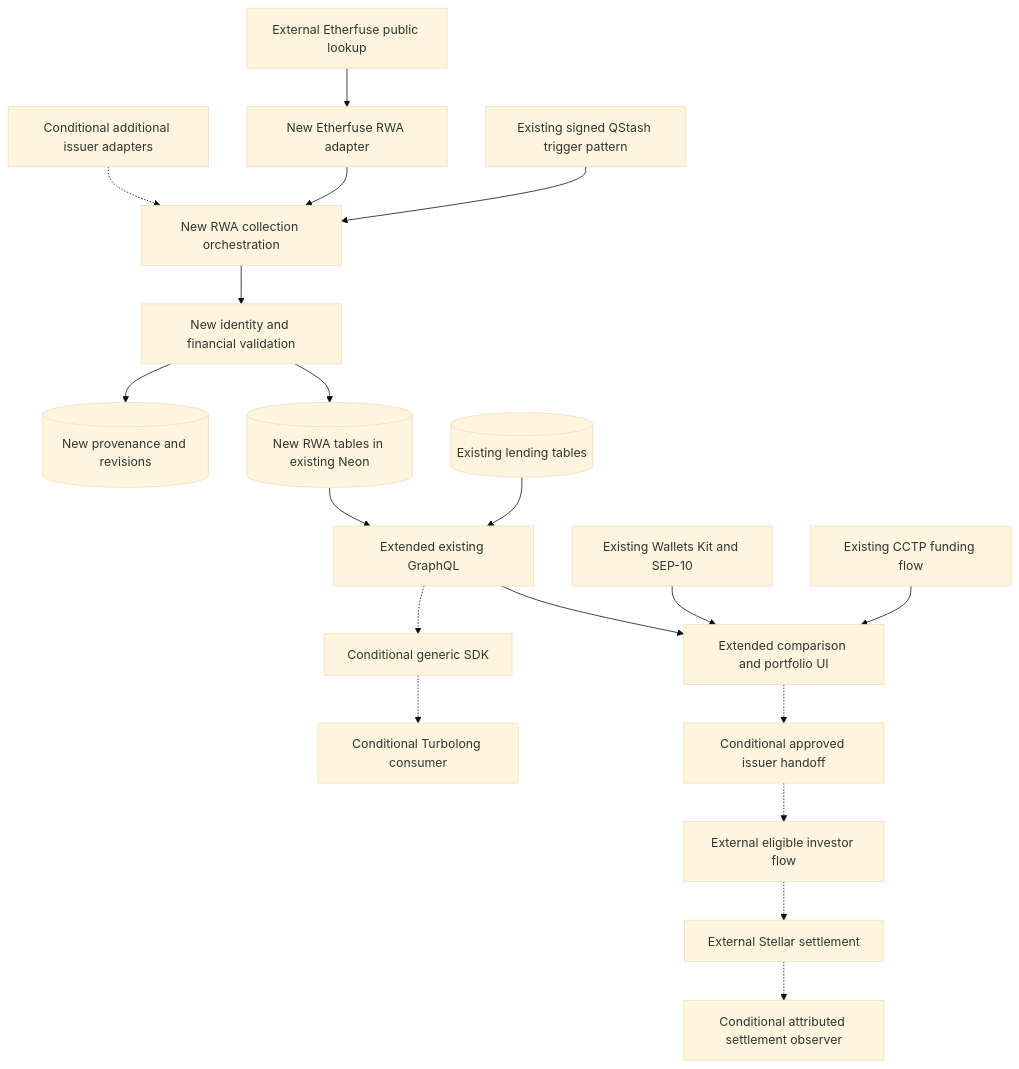
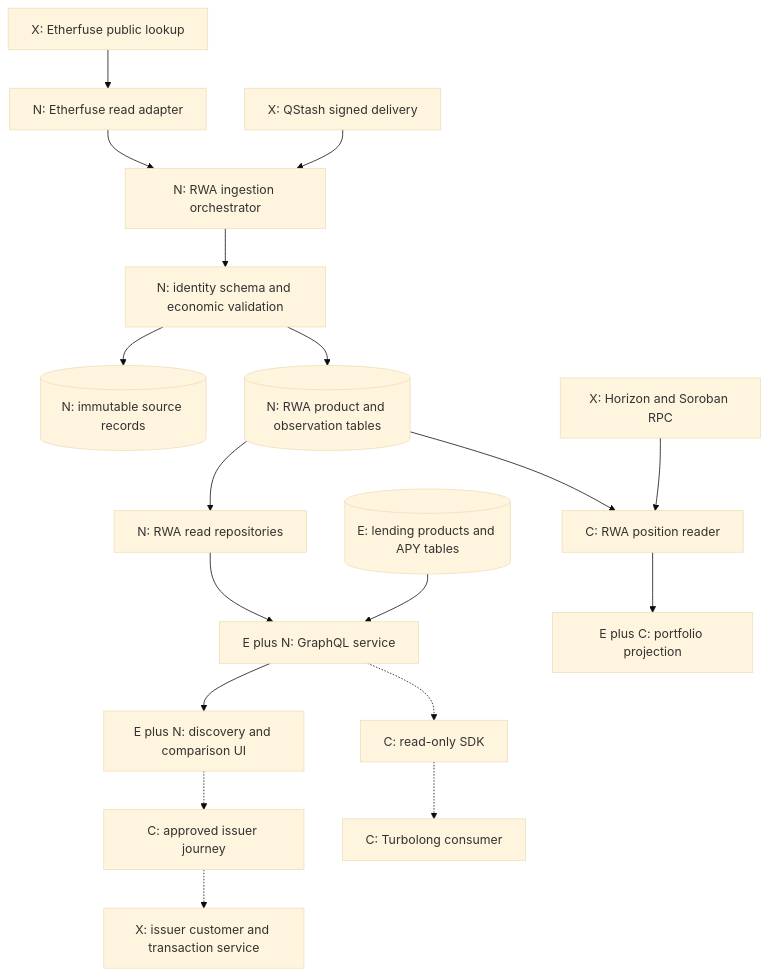
The first of 18 diagrams in docs/rwa-integration-architecture/TECHNICAL_ARCHITECTURE.md (lendwise-fi/lendwise), drawn with Mermaid (base theme) before and after one commit. The commit also changed other lines of this file and 5 other files, not shown here.

Commit message:
docs: detail RWA architecture flows and implementation boundaries

````diff
--- a/docs/rwa-integration-architecture/TECHNICAL_ARCHITECTURE.md
+++ b/docs/rwa-integration-architecture/TECHNICAL_ARCHITECTURE.md
@@ -7,21 +32,20 @@
 ```mermaid
 flowchart TB
-  EF[External Etherfuse public lookup] --> A[New Etherfuse RWA adapter]
-  More[Conditional additional issuer adapters] -.-> Ingest[New RWA collection orchestration]
-  A --> Ingest
-  Q[Existing signed QStash trigger pattern] --> Ingest
-  Ingest --> Validate[New identity and financial validation]
-  Validate --> Raw[(New provenance and revisions)]
-  Validate --> Store[(New RWA tables in existing Neon)]
-  Store --> Query[Extended existing GraphQL]
-  Existing[(Existing lending tables)] --> Query
-  Query --> UI[Extended comparison and portfolio UI]
-  Query -.-> SDK[Conditional generic SDK]
-  SDK -.-> Turbo[Conditional Turbolong consumer]
-  SWK[Existing Wallets Kit and SEP-10] --> UI
-  Bridge[Existing CCTP funding flow] --> UI
-  UI -.-> Handoff[Conditional approved issuer handoff]
-  Handoff -.-> Issuer[External eligible investor flow]
-  Issuer -.-> Ledger[External Stellar settlement]
-  Ledger -.-> Observe[Conditional attributed settlement observer]
+  EF["X: Etherfuse public lookup"] --> Adapter["N: Etherfuse read adapter"]
+  Adapter --> Jobs["N: RWA ingestion orchestrator"]
+  Q["X: QStash signed delivery"] --> Jobs
+  Jobs --> Validate["N: identity schema and economic validation"]
+  Validate --> Records[("N: immutable source records")]
+  Validate --> RWA[("N: RWA product and observation tables")]
+  RWA --> Repo["N: RWA read repositories"]
+  Lending[("E: lending products and APY tables")] --> GQL["E plus N: GraphQL service"]
+  Repo --> GQL
+  GQL --> UI["E plus N: discovery and comparison UI"]
+  Horizon["X: Horizon and Soroban RPC"] --> Position["C: RWA position reader"]
+  RWA --> Position
+  Position --> Portfolio["E plus C: portfolio projection"]
+  GQL -.-> SDK["C: read-only SDK"]
+  SDK -.-> Turbo["C: Turbolong consumer"]
+  UI -.-> Journey["C: approved issuer journey"]
+  Journey -.-> Issuer["X: issuer customer and transaction service"]
 ```
````
